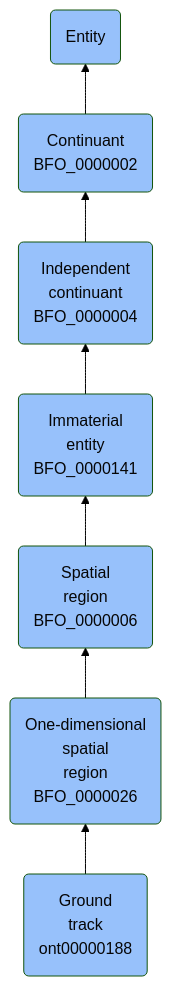
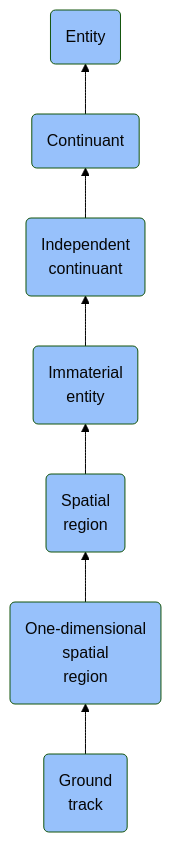
Before and after one commit to jupyter-naas/abi: the diagram in docs/ontology/reference/model/Entity/Continuant/Independent continuant/Immaterial entity/Spatial region/One-dimensional spatial region/Ground track/Ground track.md, drawn with Mermaid (forest theme). The commit also changed other lines of this file and 1430 other files, not shown here.

````diff
--- a/docs/ontology/reference/model/Entity/Continuant/Independent continuant/Immaterial entity/Spatial region/One-dimensional spatial region/Ground track/Ground track.md
+++ b/docs/ontology/reference/model/Entity/Continuant/Independent continuant/Immaterial entity/Spatial region/One-dimensional spatial region/Ground track/Ground track.md
@@ -24,14 +24,14 @@
 ```mermaid
 graph BT
-    ont00000188(Ground<br>track<br>ont00000188):::BFO-->BFO_0000026
-    BFO_0000026(One-dimensional<br>spatial<br>region<br>BFO_0000026):::BFO-->BFO_0000006
-    BFO_0000006(Spatial<br>region<br>BFO_0000006):::BFO-->BFO_0000141
-    BFO_0000141(Immaterial<br>entity<br>BFO_0000141):::BFO-->BFO_0000004
-    BFO_0000004(Independent<br>continuant<br>BFO_0000004):::BFO-->BFO_0000002
-    BFO_0000002(Continuant<br>BFO_0000002):::BFO-->BFO_0000001
+    ont00000188(Ground<br>track):::BFO-->BFO_0000026
+    BFO_0000026(One-dimensional<br>spatial<br>region):::BFO-->BFO_0000006
+    BFO_0000006(Spatial<br>region):::BFO-->BFO_0000141
+    BFO_0000141(Immaterial<br>entity):::BFO-->BFO_0000004
+    BFO_0000004(Independent<br>continuant):::BFO-->BFO_0000002
+    BFO_0000002(Continuant):::BFO-->BFO_0000001
     BFO_0000001(Entity):::BFO
     
     classDef BFO fill:#97c1fb,color:#060606
     classDef CCO fill:#e4c51e,color:#060606
     classDef ABI fill:#48DD82,color:#060606
 ```
````
